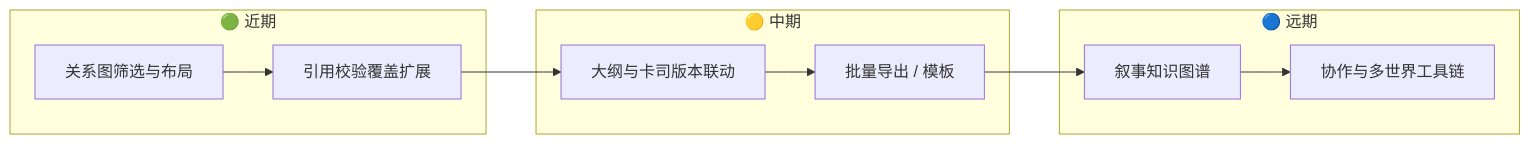
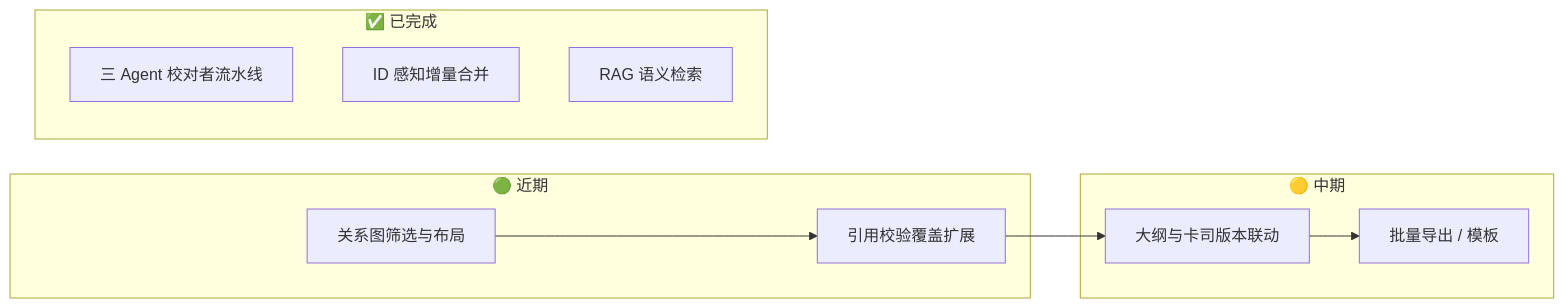
The fourth of 4 diagrams in README.md (Lucas-Wang-THU/Magic_Creater_World), drawn with Mermaid before and after one commit. The commit also changed other lines of this file and 15 other files, not shown here.

````diff
--- a/README.md
+++ b/README.md
@@ -440,16 +461,17 @@
 ```mermaid
 flowchart LR
   subgraph 近期["🟢 近期"]
     A1[关系图筛选与布局]
     A2[引用校验覆盖扩展]
   end
   subgraph 中期["🟡 中期"]
     B1[大纲与卡司版本联动]
     B2[批量导出 / 模板]
   end
-  subgraph 远期["🔵 远期"]
-    C1[叙事知识图谱]
-    C2[协作与多世界工具链]
+  subgraph 已完成["✅ 已完成"]
+    C1[三 Agent 校对者流水线]
+    C2[ID 感知增量合并]
+    C3[RAG 语义检索]
   end
-  A1 --> A2 --> B1 --> B2 --> C1 --> C2
+  A1 --> A2 --> B1 --> B2
 ```
````
